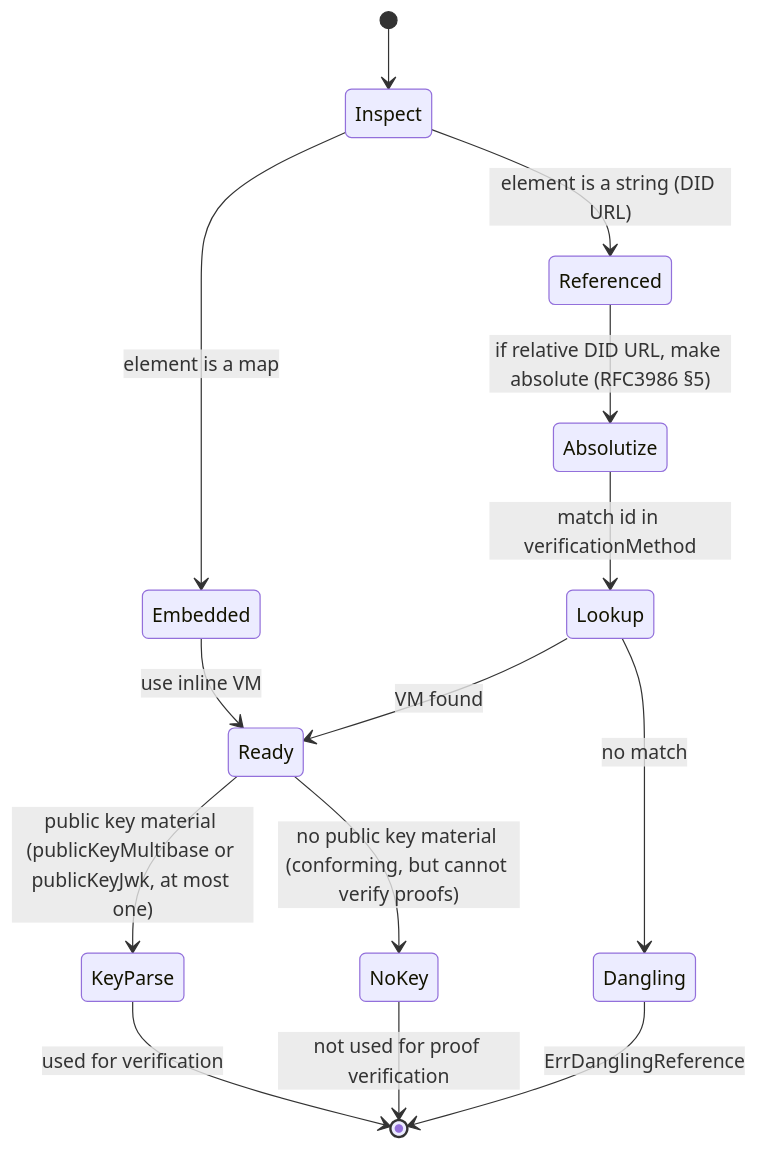
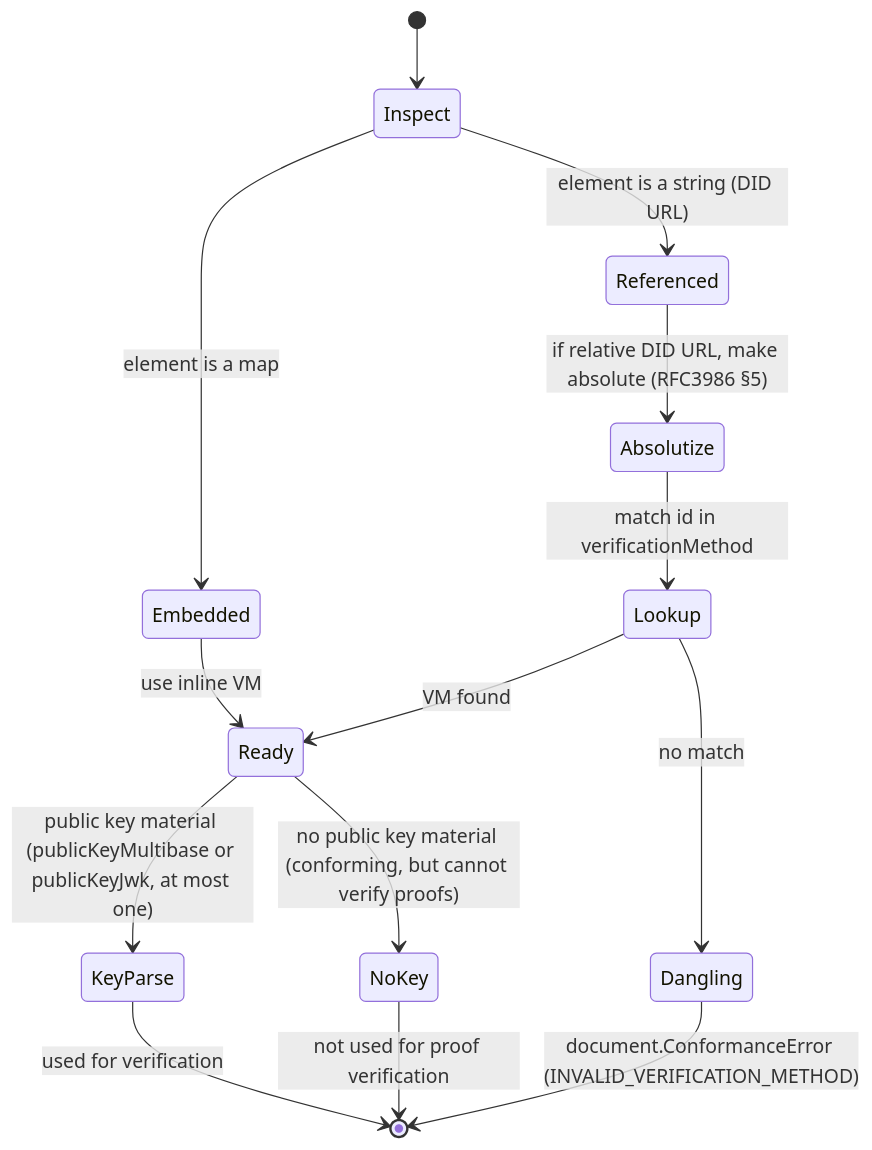
The fifth of 5 diagrams in docs/04-state-diagrams.md (SAGE-X-project/did-go), drawn with Mermaid before and after one commit. The commit also changed other lines of this file and 16 other files, not shown here.

````diff
--- a/docs/04-state-diagrams.md
+++ b/docs/04-state-diagrams.md
@@ -143,16 +145,16 @@
 ```mermaid
 stateDiagram-v2
     [*] --> Inspect
     Inspect --> Embedded: element is a map
     Inspect --> Referenced: element is a string (DID URL)
     Embedded --> Ready: use inline VM
     Referenced --> Absolutize: if relative DID URL, make absolute (RFC3986 §5)
     Absolutize --> Lookup: match id in verificationMethod
     Lookup --> Dangling: no match
     Lookup --> Ready: VM found
     Ready --> KeyParse: public key material (publicKeyMultibase or publicKeyJwk, at most one)
     Ready --> NoKey: no public key material (conforming, but cannot verify proofs)
     KeyParse --> [*]: used for verification
     NoKey --> [*]: not used for proof verification
-    Dangling --> [*]: ErrDanglingReference
+    Dangling --> [*]: document.ConformanceError (INVALID_VERIFICATION_METHOD)
 ```
````
